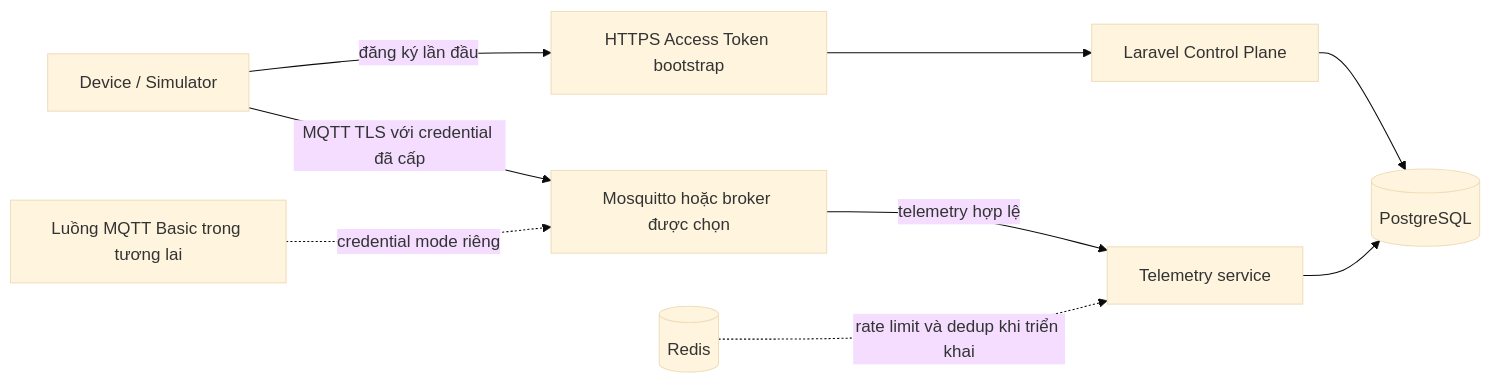
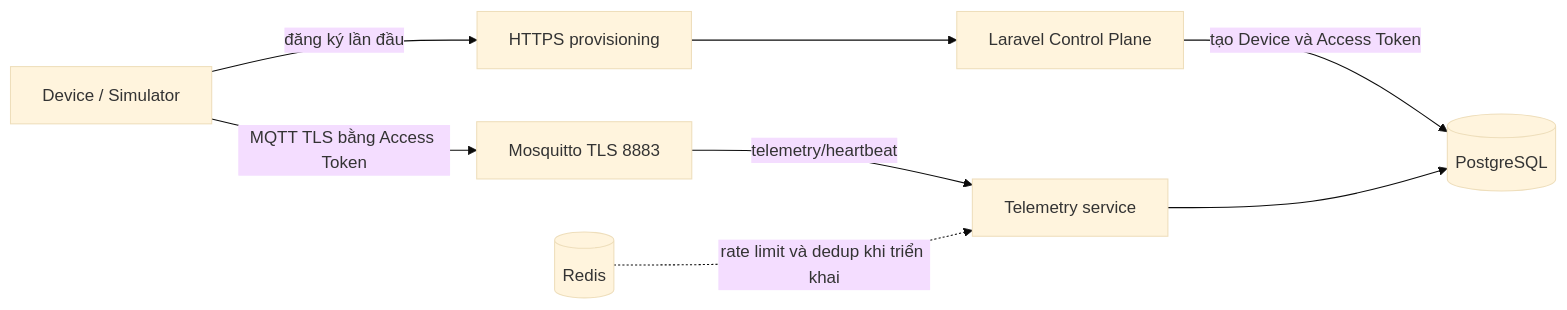
Before and after one commit to lavio-oss/liteboard: the diagram in docs/spec/devices/future_plans/future_device_security_and_ingestion_plan.md, drawn with Mermaid (base theme). The commit also changed other lines of this file and 9 other files, not shown here.

Commit message:
feat: Update device provisioning documentation and remove obsolete MQTT Basic plans

````diff
--- a/docs/spec/devices/future_plans/future_device_security_and_ingestion_plan.md
+++ b/docs/spec/devices/future_plans/future_device_security_and_ingestion_plan.md
@@ -26,20 +22,18 @@
 ```mermaid
 flowchart LR
     Device[Device / Simulator]
-    Bootstrap[HTTPS Access Token bootstrap]
-    MQTTBasic[Luồng MQTT Basic trong tương lai]
-    Broker[Mosquitto hoặc broker được chọn]
+    Bootstrap[HTTPS provisioning]
     Control[Laravel Control Plane]
+    DB[(PostgreSQL)]
+    Broker[Mosquitto TLS 8883]
     Telemetry[Telemetry service]
-    DB[(PostgreSQL)]
     Redis[(Redis)]
 
     Device -->|đăng ký lần đầu| Bootstrap
     Bootstrap --> Control
-    Control --> DB
-    Device -->|MQTT TLS với credential đã cấp| Broker
-    Broker -->|telemetry hợp lệ| Telemetry
+    Control -->|tạo Device và Access Token| DB
+    Device -->|MQTT TLS bằng Access Token| Broker
+    Broker -->|telemetry/heartbeat| Telemetry
     Telemetry --> DB
-    MQTTBasic -. credential mode riêng .-> Broker
     Redis -. rate limit và dedup khi triển khai .-> Telemetry
 ```
````
